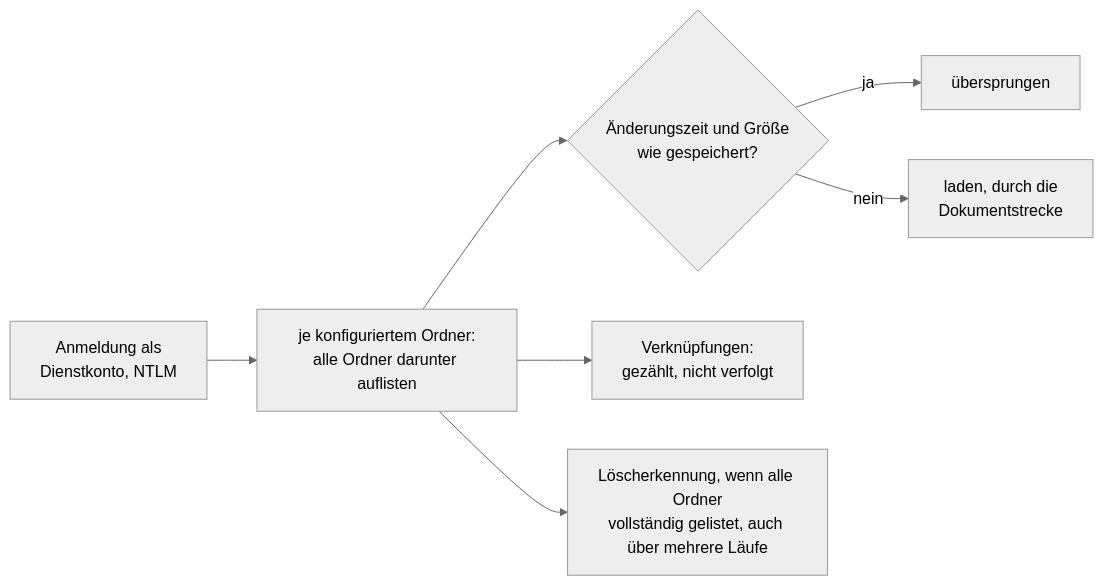
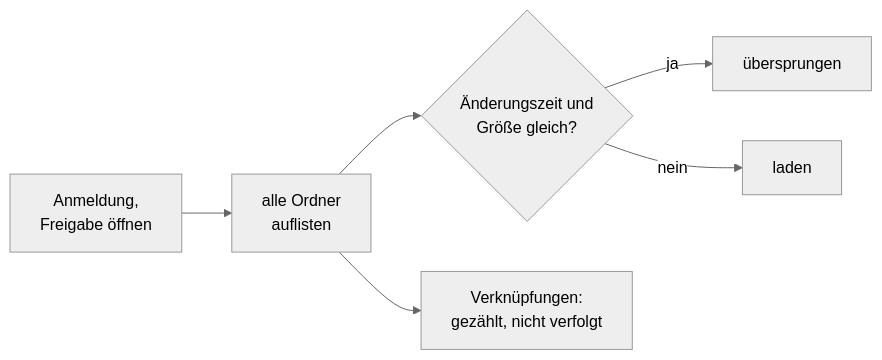
Before and after one commit to criew/opaa: the second of 2 diagrams in docs/handbuch/konnektoren/smb.md, drawn with Mermaid (neutral theme). The commit also changed other lines of this file, not shown here.

````diff
--- a/docs/handbuch/konnektoren/smb.md
+++ b/docs/handbuch/konnektoren/smb.md
@@ -43,9 +73,8 @@
 ```mermaid
 flowchart LR
-    A[Anmeldung als<br/>Dienstkonto, NTLM] --> B[je konfiguriertem Ordner:<br/>alle Ordner darunter auflisten]
-    B --> C{Änderungszeit und Größe<br/>wie gespeichert?}
+    A[Anmeldung,<br/>Freigabe öffnen] --> B[alle Ordner<br/>auflisten]
+    B --> C{Änderungszeit und<br/>Größe gleich?}
     C -- ja --> S[übersprungen]
-    C -- nein --> F[laden, durch die<br/>Dokumentstrecke]
+    C -- nein --> F[laden]
     B --> L[Verknüpfungen:<br/>gezählt, nicht verfolgt]
-    B --> R[Löscherkennung, wenn alle Ordner<br/>vollständig gelistet, auch über mehrere Läufe]
 ```
````
